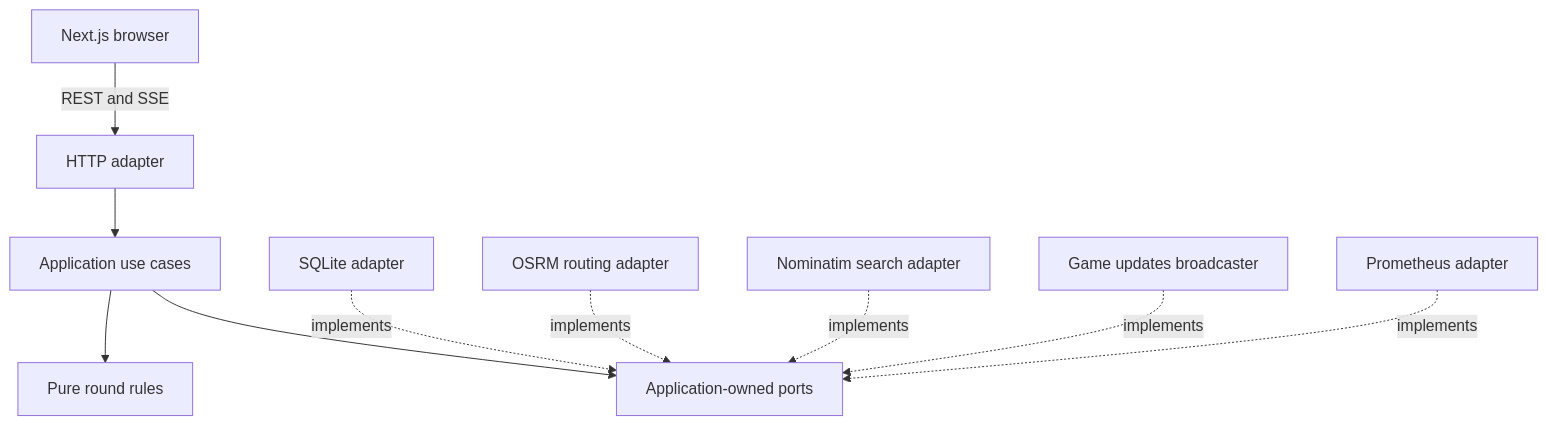
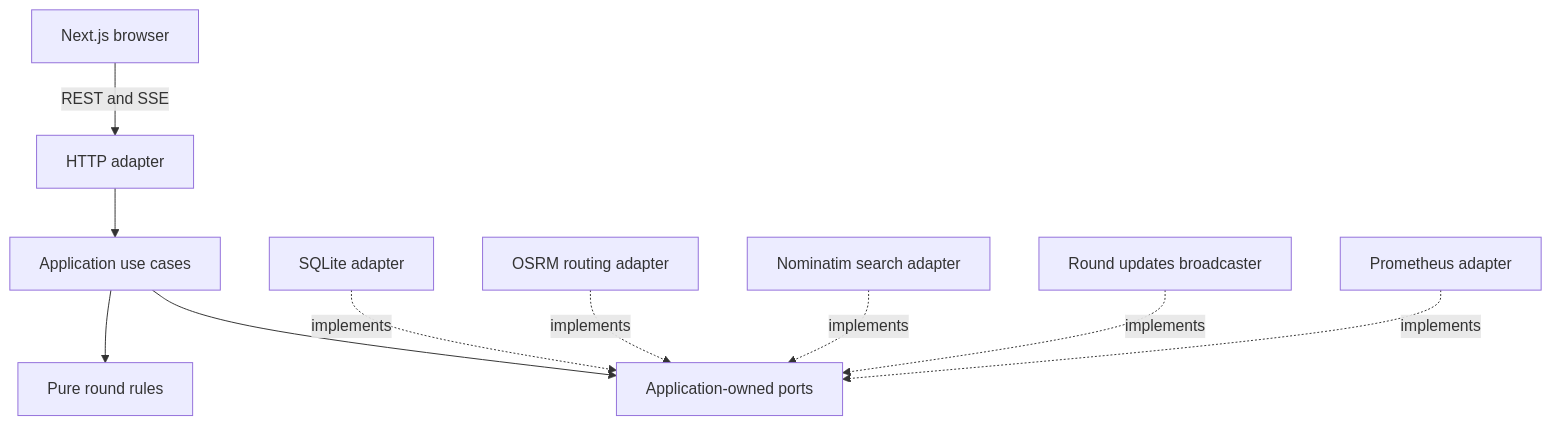
The first of 3 diagrams in docs/ARCHITECTURE.md (BenSuskins/pubgolf), drawn with Mermaid before and after one commit. The commit also changed other lines of this file and 19 other files, not shown here.

````diff
--- a/docs/ARCHITECTURE.md
+++ b/docs/ARCHITECTURE.md
@@ -13,12 +13,12 @@
 ```mermaid
 flowchart TD
     Browser[Next.js browser] -->|REST and SSE| HTTP[HTTP adapter]
     HTTP --> Application[Application use cases]
     Application --> Domain[Pure round rules]
     Application --> Ports[Application-owned ports]
     SQLite[SQLite adapter] -. implements .-> Ports
     OSRM[OSRM routing adapter] -. implements .-> Ports
     Nominatim[Nominatim search adapter] -. implements .-> Ports
-    Updates[Game updates broadcaster] -. implements .-> Ports
+    Updates[Round updates broadcaster] -. implements .-> Ports
     Metrics[Prometheus adapter] -. implements .-> Ports
 ```
````
